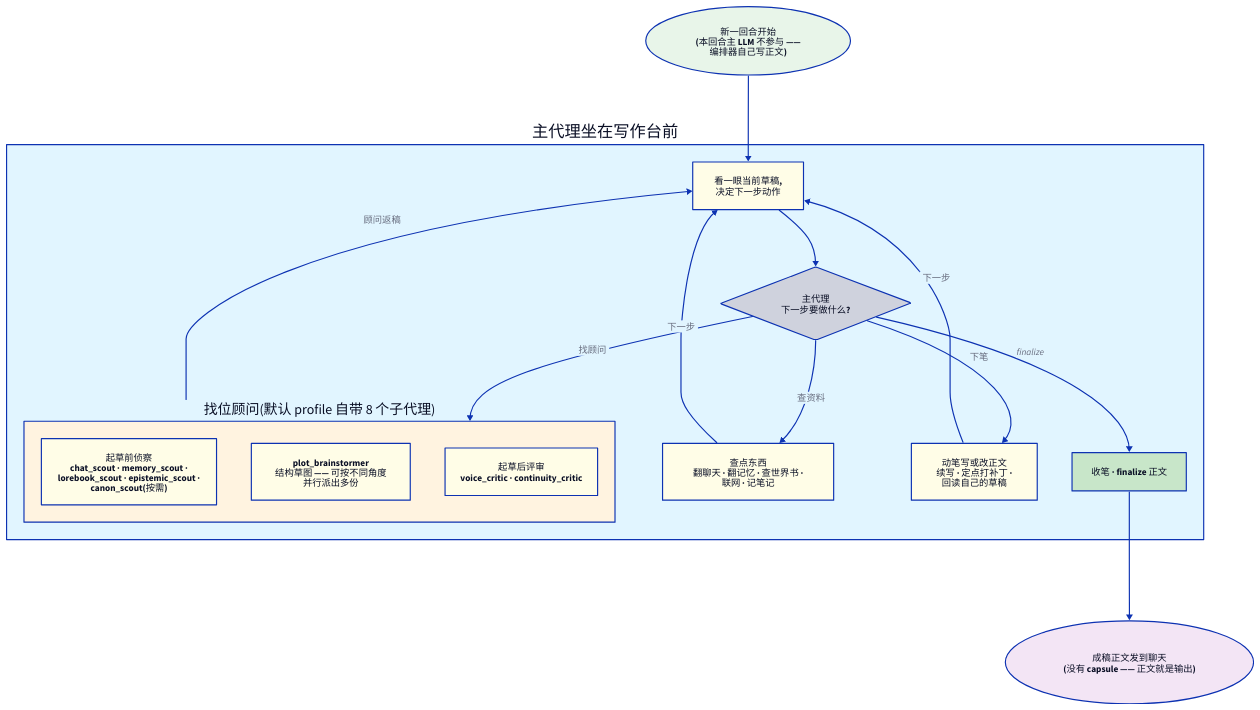
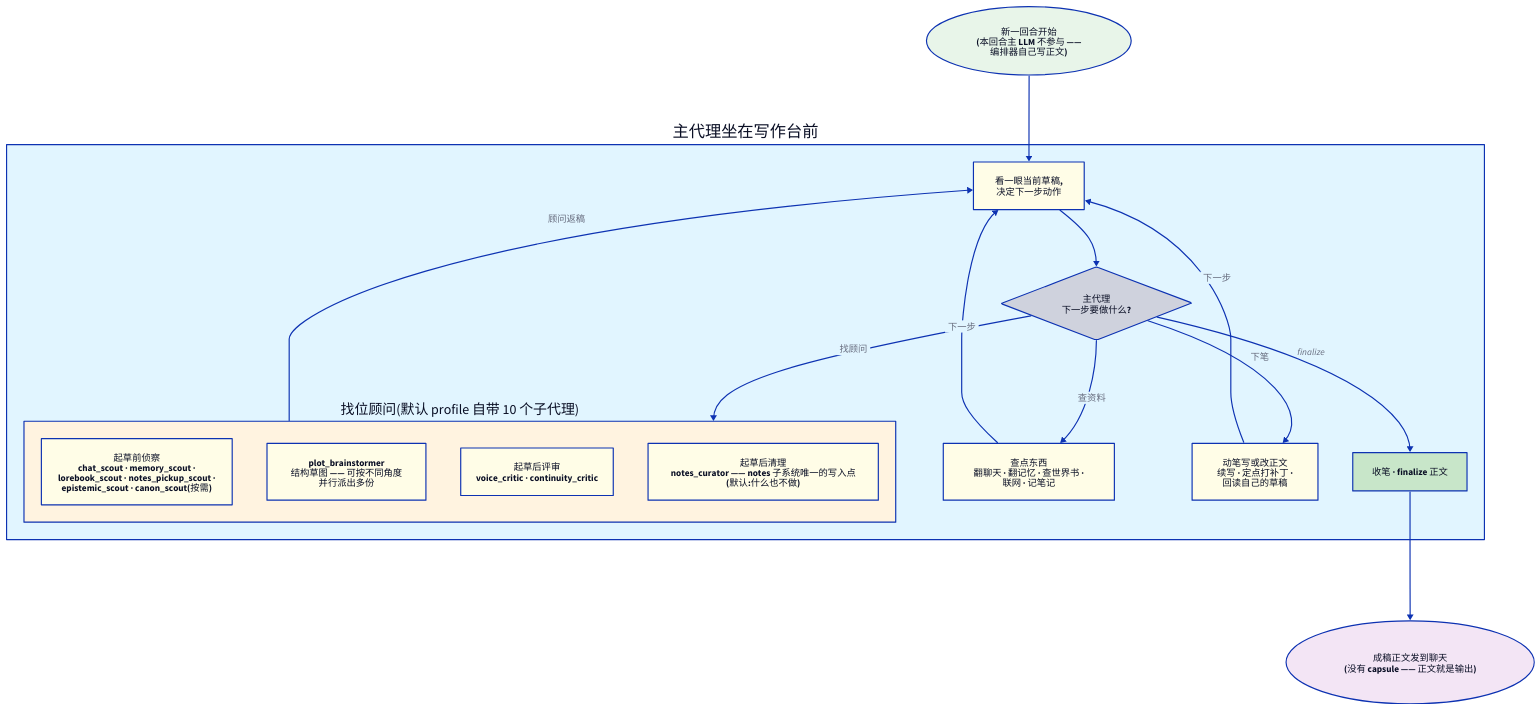
One commit to funnycups/Luker changed the diagram in docs/zh-CN/features/orchestrator/director.md. Above: the diagram before and after it, drawn with D2. The commit also changed other lines of this file and 37 other files, not shown here.

````diff
--- a/docs/zh-CN/features/orchestrator/director.md
+++ b/docs/zh-CN/features/orchestrator/director.md
@@ -66,62 +66,65 @@
 ```d2
 direction: down
 
 start: "新一回合开始\n(本回合主 LLM 不参与 ——\n编排器自己写正文)" {
   shape: oval
   style.fill: "#e8f5e9"
 }
 
 loop: "主代理坐在写作台前" {
   style.fill: "#e1f5ff"
 
   think: "看一眼当前草稿,\n决定下一步动作" {
     style.fill: "#fffde7"
   }
 
   decide: "主代理\n下一步要做什么?" {
     shape: diamond
   }
 
-  consult: "找位顾问(默认 profile 自带 8 个子代理)" {
+  consult: "找位顾问(默认 profile 自带 10 个子代理)" {
     style.fill: "#fff3e0"
-    pre: "起草前侦察\nchat_scout · memory_scout ·\nlorebook_scout · epistemic_scout ·\ncanon_scout(按需)" {
+    pre: "起草前侦察\nchat_scout · memory_scout ·\nlorebook_scout · notes_pickup_scout ·\nepistemic_scout · canon_scout(按需)" {
       style.fill: "#fffde7"
     }
     mid: "plot_brainstormer\n结构草图 —— 可按不同角度\n并行派出多份" {
       style.fill: "#fffde7"
     }
     post: "起草后评审\nvoice_critic · continuity_critic" {
+      style.fill: "#fffde7"
+    }
+    housekeeping: "起草后清理\nnotes_curator —— notes 子系统唯一的写入点\n(默认:什么也不做)" {
       style.fill: "#fffde7"
     }
   }
 
   research: "查点东西\n翻聊天 · 翻记忆 · 查世界书 ·\n联网 · 记笔记" {
     style.fill: "#fffde7"
   }
 
   write: "动笔写或改正文\n续写 · 定点打补丁 ·\n回读自己的草稿" {
     style.fill: "#fffde7"
   }
 
   finalize: "收笔 · finalize 正文" {
     style.fill: "#c8e6c9"
   }
 
   think -> decide
   decide -> consult: "找顾问"
   decide -> research: "查资料"
   decide -> write: "下笔"
   decide -> finalize: "finalize"
   consult -> think: "顾问返稿"
   research -> think: "下一步"
   write -> think: "下一步"
 }
 
 out: "成稿正文发到聊天\n(没有 capsule —— 正文就是输出)" {
   shape: oval
   style.fill: "#f3e5f5"
 }
 
 start -> loop.think
 loop.finalize -> out
 ```
````
